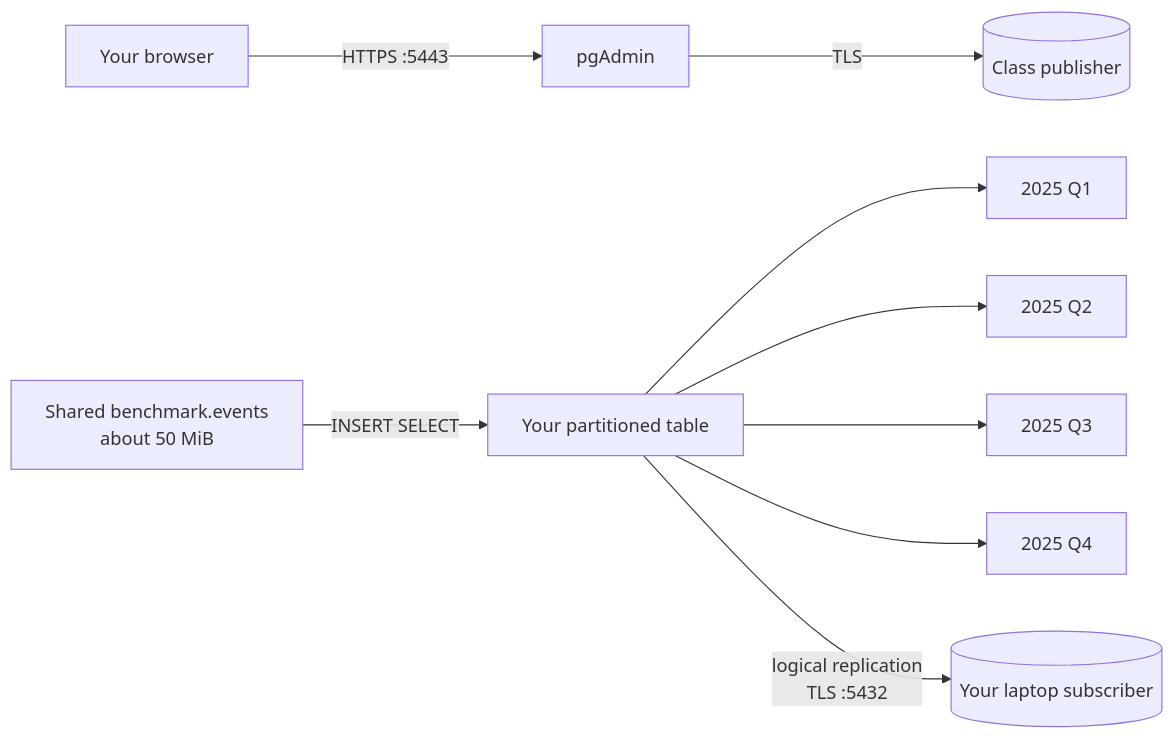
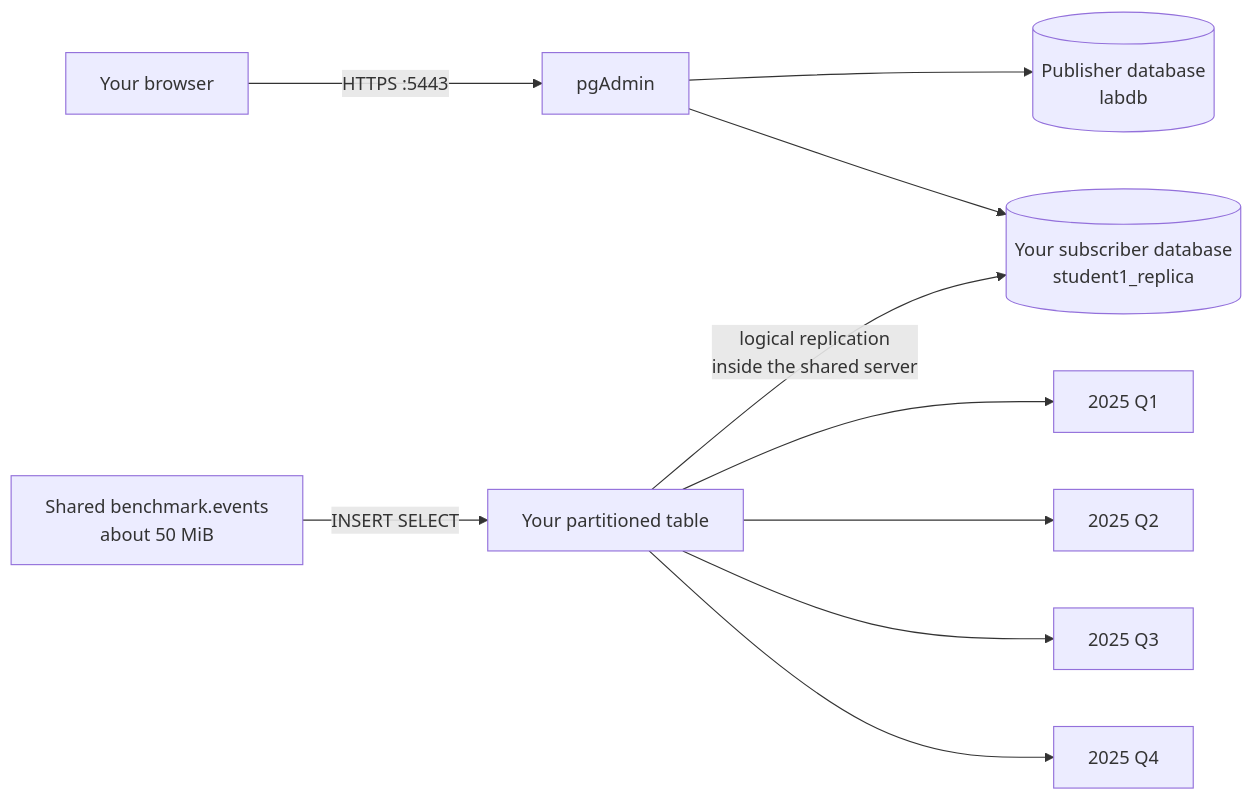
The first of 4 diagrams in hadoop_lab2_postgres.md (noasck/java-gtu), drawn with Mermaid before and after one commit. The commit also changed other lines of this file, not shown here.

````diff
--- a/hadoop_lab2_postgres.md
+++ b/hadoop_lab2_postgres.md
@@ -9,11 +9,12 @@
 ```mermaid
 flowchart LR
     B[Your browser] -->|HTTPS :5443| A[pgAdmin]
-    A -->|TLS| P[(Class publisher)]
+    A --> P[(Publisher database<br/>labdb)]
+    A --> S[(Your subscriber database<br/>student1_replica)]
     D[Shared benchmark.events<br/>about 50 MiB] -->|INSERT SELECT| PT[Your partitioned table]
     PT --> Q1[2025 Q1]
     PT --> Q2[2025 Q2]
     PT --> Q3[2025 Q3]
     PT --> Q4[2025 Q4]
-    PT -->|logical replication<br/>TLS :5432| S[(Your laptop subscriber)]
+    PT -->|logical replication<br/>inside the shared server| S
 ```
````
